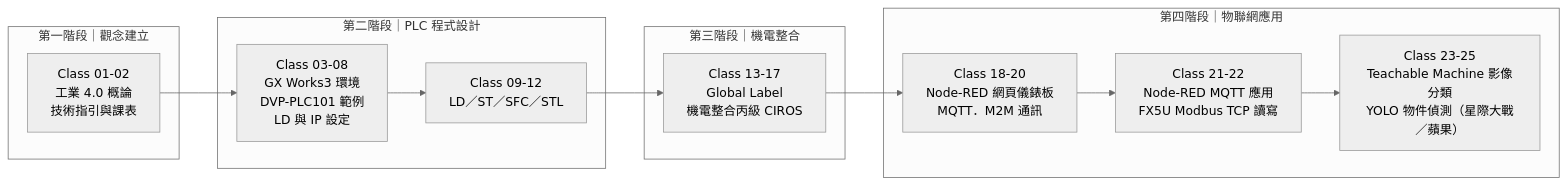
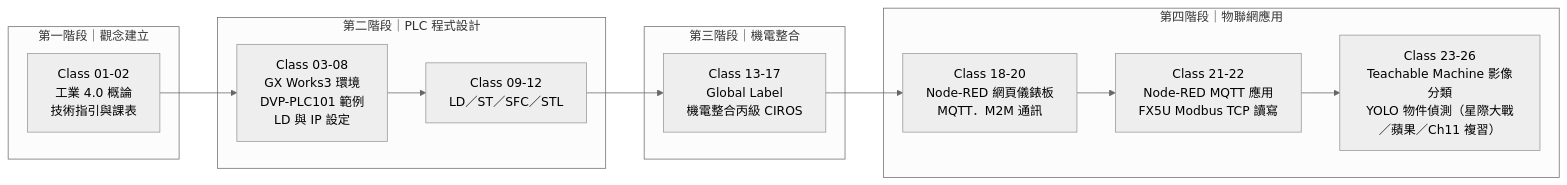
The first of 6 diagrams in README.md (yd7148/INDUSTRY-4.0), drawn with Mermaid (neutral theme) before and after one commit. The commit also changed other lines of this file and 4 other files, not shown here.

Commit message:
Sync docs for Class-26 (26 classes, 27 videos, timeline and SVG)

````diff
--- a/README.md
+++ b/README.md
@@ -22,19 +22,19 @@
 ```mermaid
 flowchart LR
     subgraph P1["第一階段｜觀念建立"]
         A1["Class 01-02<br/>工業 4.0 概論<br/>技術指引與課表"]
     end
     subgraph P2["第二階段｜PLC 程式設計"]
         B1["Class 03-08<br/>GX Works3 環境<br/>DVP-PLC101 範例<br/>LD 與 IP 設定"]
         B2["Class 09-12<br/>LD／ST／SFC／STL"]
     end
     subgraph P3["第三階段｜機電整合"]
         C1["Class 13-17<br/>Global Label<br/>機電整合丙級 CIROS"]
     end
     subgraph P4["第四階段｜物聯網應用"]
         D1["Class 18-20<br/>Node-RED 網頁儀錶板<br/>MQTT．M2M 通訊"]
         D2["Class 21-22<br/>Node-RED MQTT 應用<br/>FX5U Modbus TCP 讀寫"]
-        D3["Class 23-25<br/>Teachable Machine 影像分類<br/>YOLO 物件偵測（星際大戰／蘋果）"]
+        D3["Class 23-26<br/>Teachable Machine 影像分類<br/>YOLO 物件偵測（星際大戰／蘋果／Ch11 複習）"]
     end
     A1 --> B1 --> B2 --> C1 --> D1 --> D2 --> D3
 ```
````
